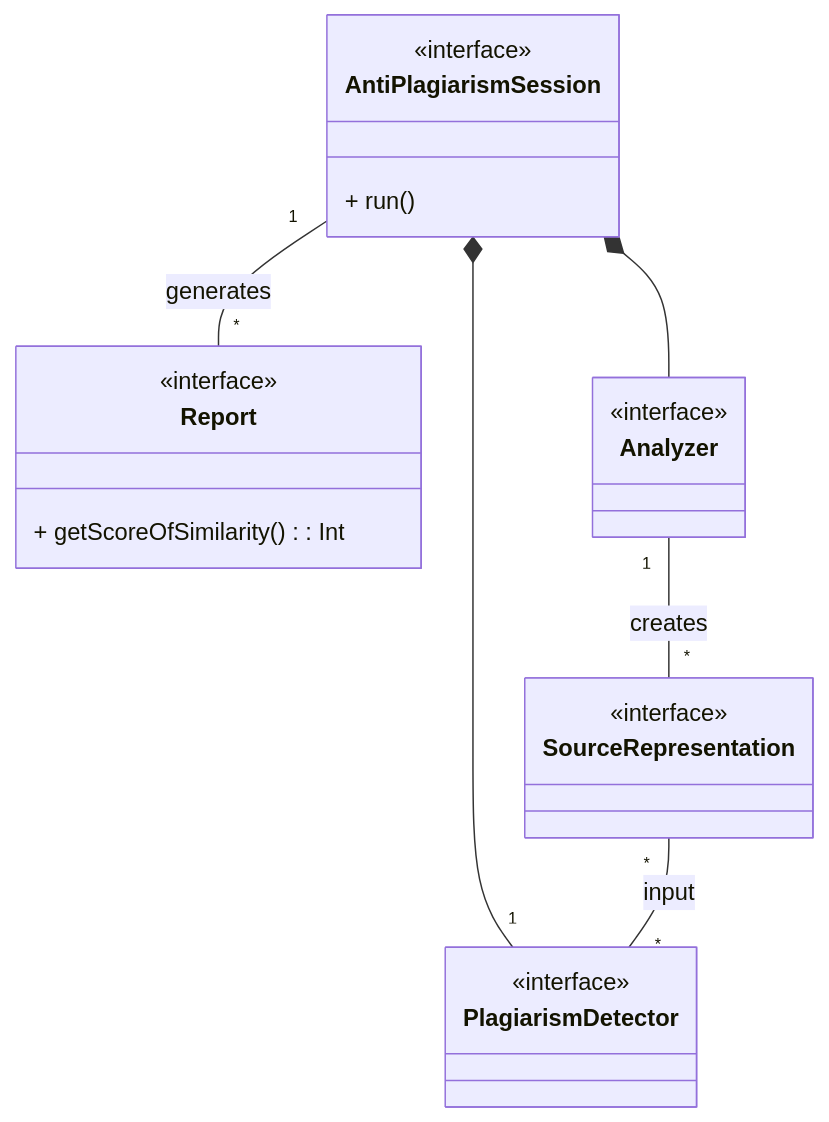
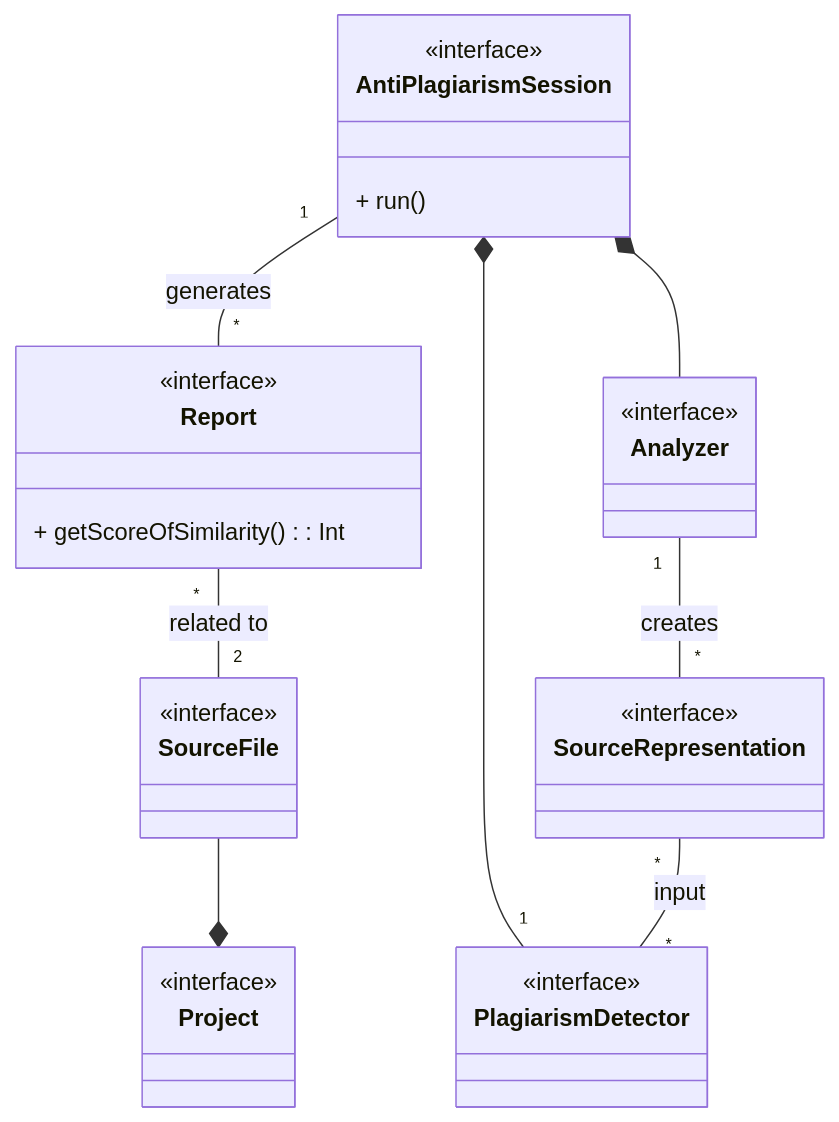
One commit to tassiLuca/code-plagiarism-detector-doc changed the first of 6 diagrams in doc.md. Above: the diagram before and after it, drawn with Mermaid. The commit also changed other lines of this file, not shown here.

Commit message:
docs: added detailed design schemas

````diff
--- a/doc.md
+++ b/doc.md
@@ -24,27 +24,36 @@
 ```mermaid
 classDiagram 
     direction TB
     class Report {
         <<interface>>
         + getScoreOfSimilarity(): Int
     } 
+    class Project {
+        <<interface>>
+    }
+    class SourceFile {
+        <<interface>>
+    }
+    SourceFile --* Project
+    Report "*" -- "2" SourceFile: related to
+
     class AntiPlagiarismSession {
         <<interface>>
         + run()
     }
     class PlagiarismDetector {
         <<interface>>
     }
     class Analyzer {
         <<interface>>
     }
     class SourceRepresentation {
         <<interface>>
     }
     AntiPlagiarismSession "1" -- "*" Report: generates
     AntiPlagiarismSession *-- "1" PlagiarismDetector
     SourceRepresentation "*" -- "*" PlagiarismDetector: input
     AntiPlagiarismSession *-- Analyzer
     Analyzer "1" -- "*" SourceRepresentation: creates
 
 ```
````
